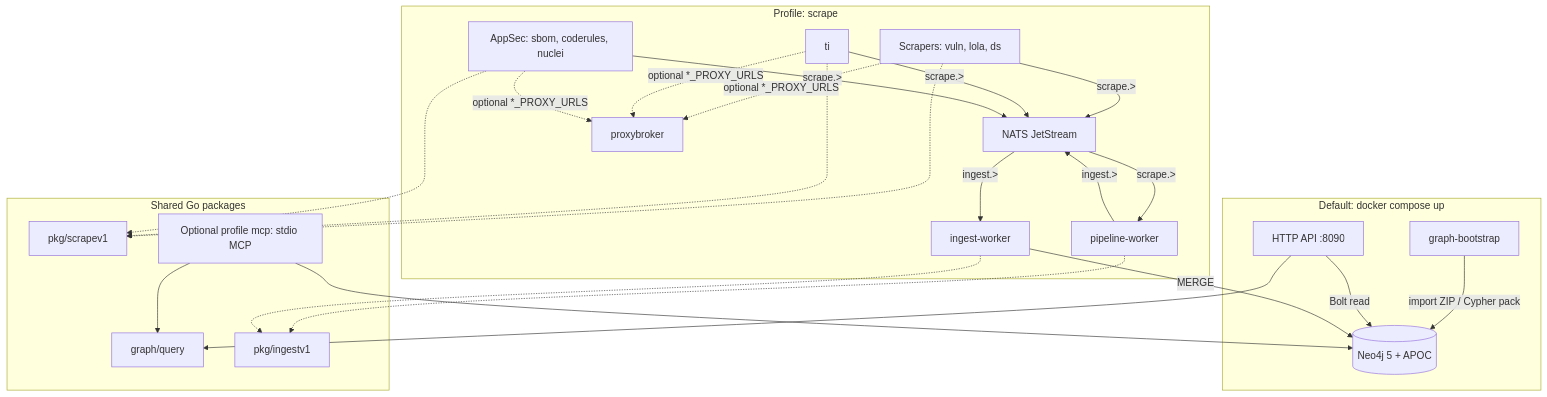
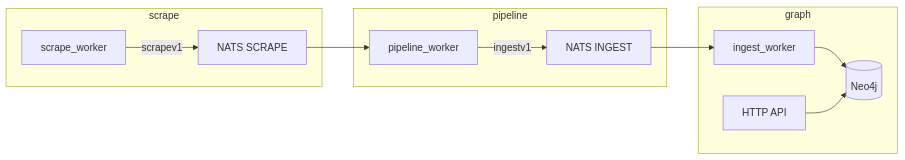
The diagram in README.md (butbeautifulv/threat_intelligence), drawn with Mermaid before and after one commit. The commit also changed other lines of this file and 9 other files, not shown here.

First line of the commit message:
docs: refresh all guides for three-layer architecture

````diff
--- a/README.md
+++ b/README.md
@@ -15,40 +13,19 @@
 ```mermaid
-flowchart TB
-  subgraph default_stack["Default: docker compose up"]
-    Neo4j[(Neo4j 5 + APOC)]
-    Bootstrap[graph-bootstrap]
-    API[HTTP API :8090]
-    Bootstrap -->|"import ZIP / Cypher pack"| Neo4j
-    API -->|"Bolt read"| Neo4j
+flowchart LR
+  subgraph scrape [scrape]
+    SW[scrape_worker]
+    SW -->|scrapev1| NATS1[NATS SCRAPE]
   end
-  subgraph scrape_profile["Profile: scrape"]
-    NATS[NATS JetStream]
-    Pipeline[pipeline-worker]
-    Worker[ingest-worker]
-    Proxy[proxybroker]
-    S["Scrapers: vuln, lola, ds"]
-    TI["ti"]
-    A["AppSec: sbom, coderules, nuclei"]
-    S -->|"scrape.>"| NATS
-    TI -->|"scrape.>"| NATS
-    A -->|"scrape.>"| NATS
-    NATS -->|"scrape.>"| Pipeline -->|"ingest.>"| NATS
-    NATS -->|"ingest.>"| Worker -->|"MERGE"| Neo4j
-    S -.->|optional *_PROXY_URLS| Proxy
-    TI -.->|optional *_PROXY_URLS| Proxy
-    A -.->|optional *_PROXY_URLS| Proxy
+  subgraph pipeline [pipeline]
+    PW[pipeline_worker]
+    NATS1 --> PW
+    PW -->|ingestv1| NATS2[NATS INGEST]
   end
-  subgraph modules["Shared Go packages"]
-    GQ[graph/query]
-    SV1[pkg/scrapev1]
-    IV1[pkg/ingestv1]
-    API --> GQ
-    MCP[Optional profile mcp: stdio MCP] --> GQ
-    MCP --> Neo4j
-    S -.-> SV1
-    TI -.-> SV1
-    A -.-> SV1
-    Pipeline -.-> IV1
-    Worker -.-> IV1
+  subgraph graph [graph]
+    IW[ingest_worker]
+    Neo4j[(Neo4j)]
+    API[HTTP API]
+    NATS2 --> IW --> Neo4j
+    API --> Neo4j
   end
 ```
````
